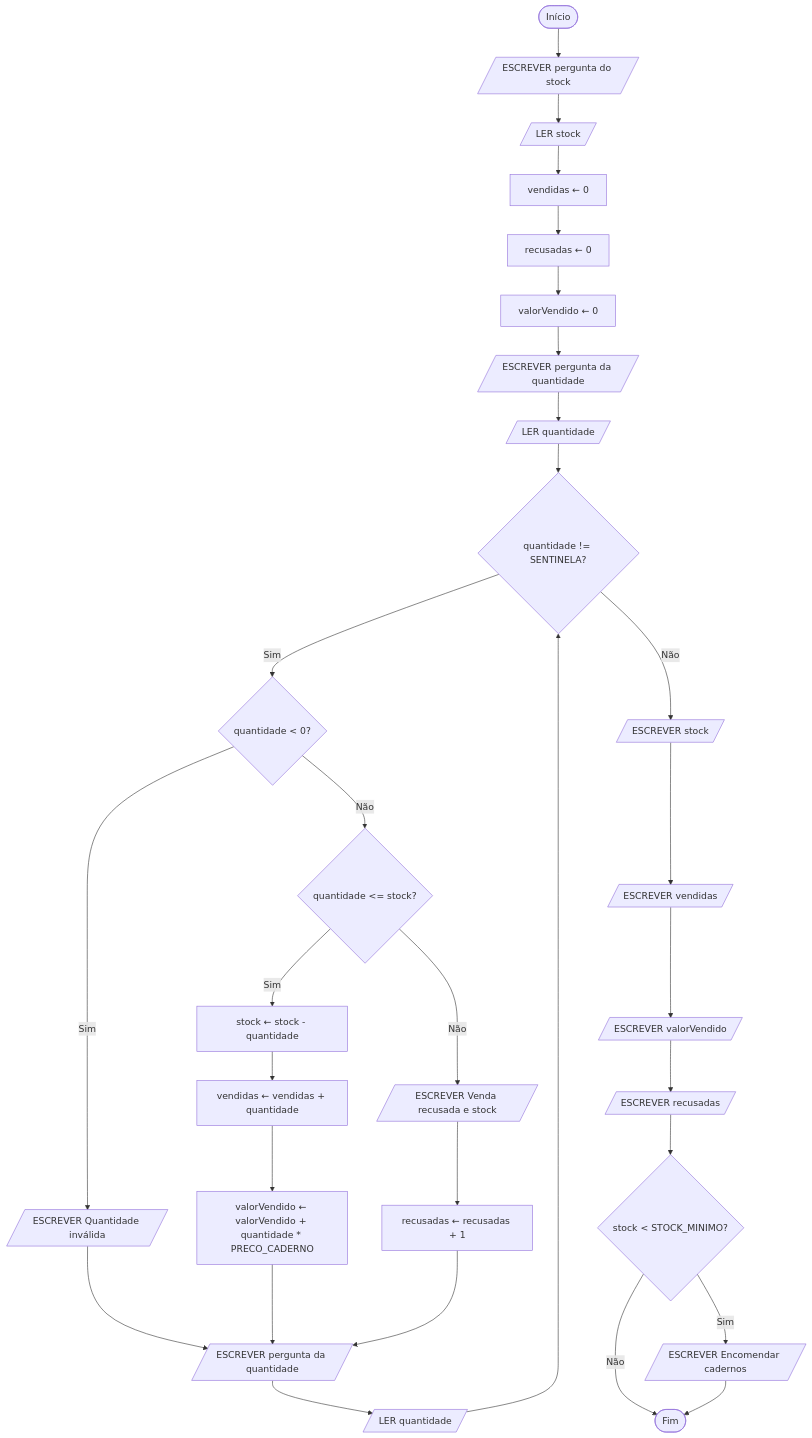
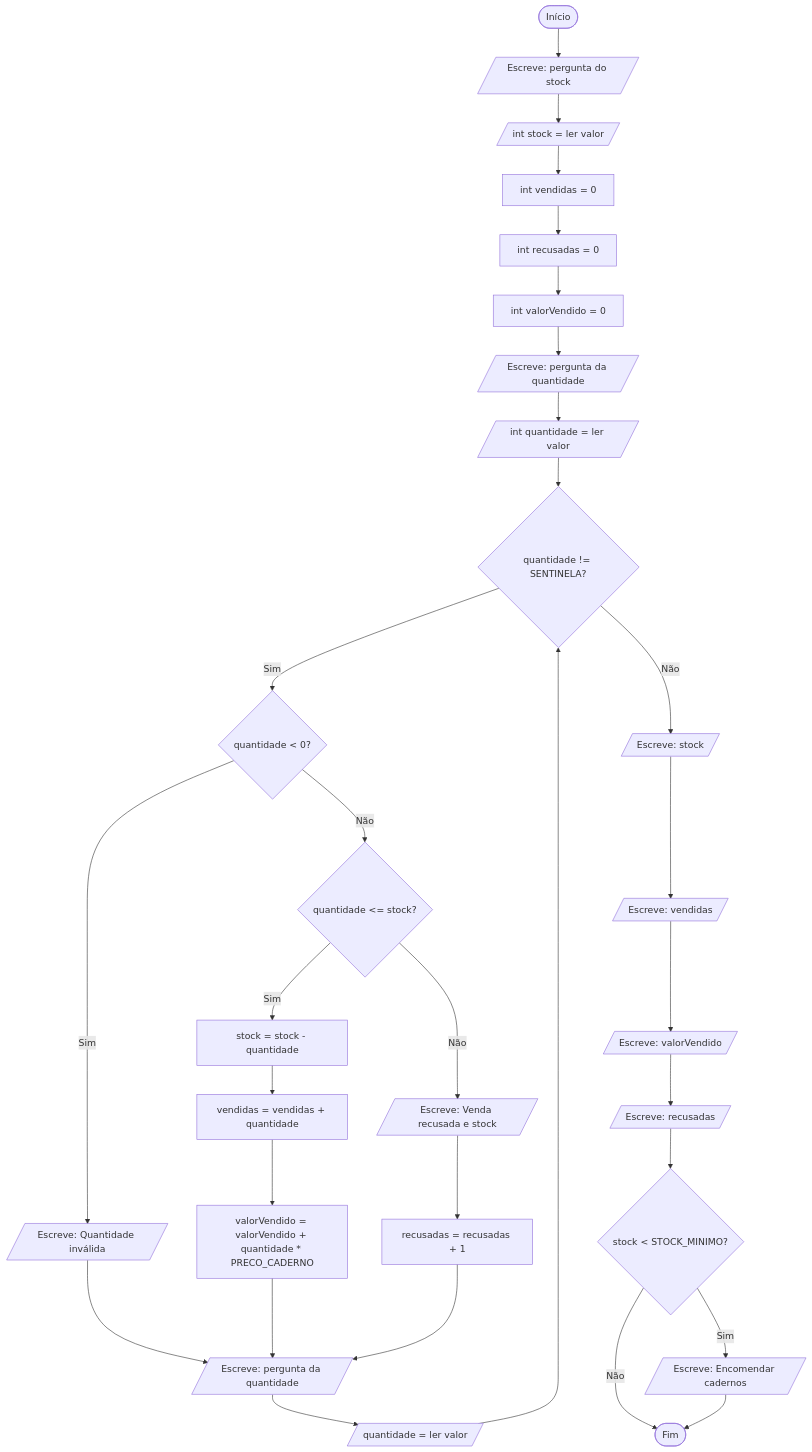
Before and after one commit to NunoMACastro/epms-2627-1ig-lp: the diagram in 01-algoritmos/05-testar-depurar-e-melhorar.md, drawn with Mermaid. The commit also changed other lines of this file and 10 other files, not shown here.

````diff
--- a/01-algoritmos/05-testar-depurar-e-melhorar.md
+++ b/01-algoritmos/05-testar-depurar-e-melhorar.md
@@ -608,32 +602,32 @@
 ```mermaid
 flowchart TD
-    A([Início]) --> B[/ESCREVER pergunta do stock/]
-    B --> C[/LER stock/]
-    C --> D["vendidas ← 0"]
-    D --> E["recusadas ← 0"]
-    E --> F["valorVendido ← 0"]
-    F --> G[/ESCREVER pergunta da quantidade/]
-    G --> H[/LER quantidade/]
+    A([Início]) --> B[/"Escreve: pergunta do stock"/]
+    B --> C[/"int stock = ler valor"/]
+    C --> D["int vendidas = 0"]
+    D --> E["int recusadas = 0"]
+    E --> F["int valorVendido = 0"]
+    F --> G[/"Escreve: pergunta da quantidade"/]
+    G --> H[/"int quantidade = ler valor"/]
     H --> I{"quantidade != SENTINELA?"}
     I -->|Sim| J{"quantidade < 0?"}
-    J -->|Sim| K[/ESCREVER Quantidade inválida/]
+    J -->|Sim| K[/"Escreve: Quantidade inválida"/]
     J -->|Não| L{"quantidade <= stock?"}
-    L -->|Sim| M["stock ← stock - quantidade"]
-    M --> N["vendidas ← vendidas + quantidade"]
-    N --> O["valorVendido ← valorVendido + quantidade * PRECO_CADERNO"]
-    L -->|Não| P[/ESCREVER Venda recusada e stock/]
-    P --> Q["recusadas ← recusadas + 1"]
-    K --> R[/ESCREVER pergunta da quantidade/]
+    L -->|Sim| M["stock = stock - quantidade"]
+    M --> N["vendidas = vendidas + quantidade"]
+    N --> O["valorVendido = valorVendido + quantidade * PRECO_CADERNO"]
+    L -->|Não| P[/"Escreve: Venda recusada e stock"/]
+    P --> Q["recusadas = recusadas + 1"]
+    K --> R[/"Escreve: pergunta da quantidade"/]
     O --> R
     Q --> R
-    R --> S[/LER quantidade/]
+    R --> S[/"quantidade = ler valor"/]
     S --> I
-    I -->|Não| T[/ESCREVER stock/]
-    T --> U[/ESCREVER vendidas/]
-    U --> V[/ESCREVER valorVendido/]
-    V --> W[/ESCREVER recusadas/]
+    I -->|Não| T[/"Escreve: stock"/]
+    T --> U[/"Escreve: vendidas"/]
+    U --> V[/"Escreve: valorVendido"/]
+    V --> W[/"Escreve: recusadas"/]
     W --> X{"stock < STOCK_MINIMO?"}
-    X -->|Sim| Y[/ESCREVER Encomendar cadernos/]
+    X -->|Sim| Y[/"Escreve: Encomendar cadernos"/]
     X -->|Não| Z([Fim])
     Y --> Z
 ```
````
